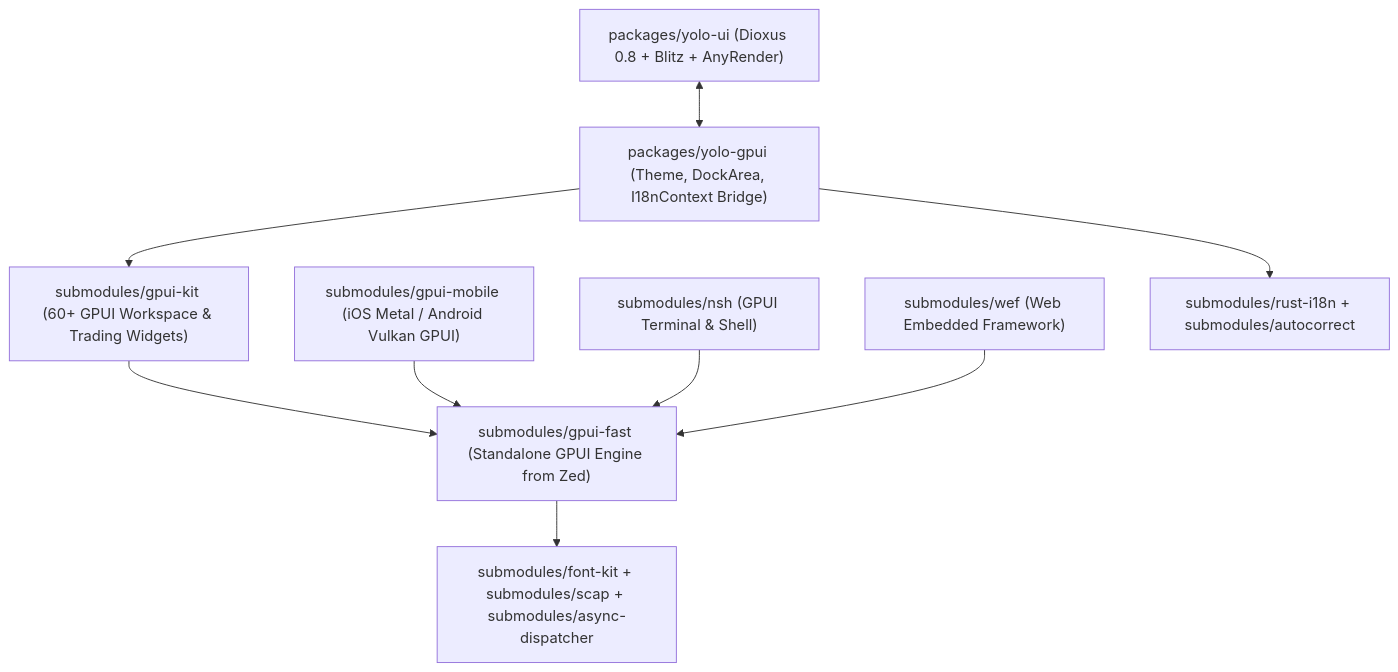
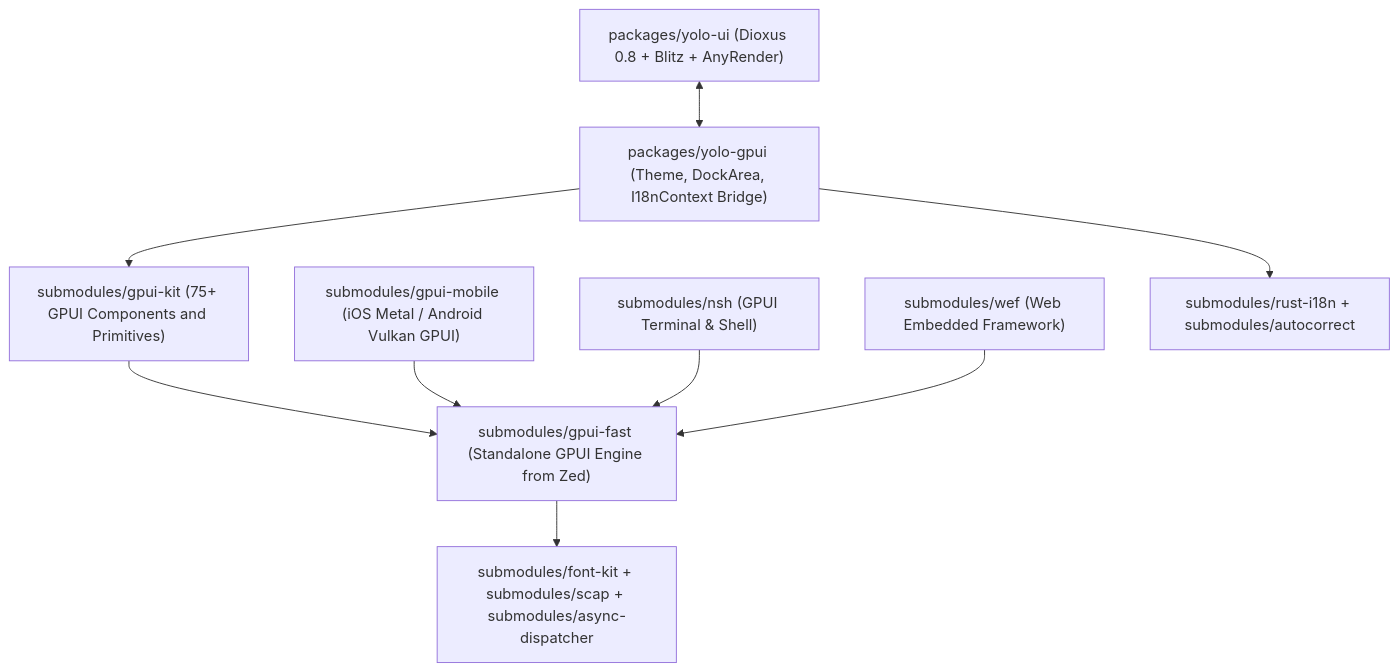
One commit to yolo-rs/yolo-ui changed the diagram in notes/architecture/11-GPUI-LONGBRIDGE.md. Above: the diagram before and after it, drawn with Mermaid. The commit also changed other lines of this file and 9 other files, not shown here.

````diff
--- a/notes/architecture/11-GPUI-LONGBRIDGE.md
+++ b/notes/architecture/11-GPUI-LONGBRIDGE.md
@@ -37,21 +37,21 @@
 ```mermaid
 flowchart TD
     YoloUI["packages/yolo-ui (Dioxus 0.8 + Blitz + AnyRender)"]
     YoloGPUI["packages/yolo-gpui (Theme, DockArea, I18nContext Bridge)"]
-    GpuiKit["submodules/gpui-kit (60+ GPUI Workspace & Trading Widgets)"]
+    GpuiKit["submodules/gpui-kit (75+ GPUI Components and Primitives)"]
     GpuiFast["submodules/gpui-fast (Standalone GPUI Engine from Zed)"]
     GpuiMobile["submodules/gpui-mobile (iOS Metal / Android Vulkan GPUI)"]
     Nsh["submodules/nsh (GPUI Terminal & Shell)"]
     Wef["submodules/wef (Web Embedded Framework)"]
     RustI18n["submodules/rust-i18n + submodules/autocorrect"]
     ZedNative["submodules/font-kit + submodules/scap + submodules/async-dispatcher"]
 
     YoloUI <--> YoloGPUI
     YoloGPUI --> GpuiKit
     YoloGPUI --> RustI18n
     GpuiKit --> GpuiFast
     GpuiMobile --> GpuiFast
     Nsh --> GpuiFast
     Wef --> GpuiFast
     GpuiFast --> ZedNative
 ```
````
